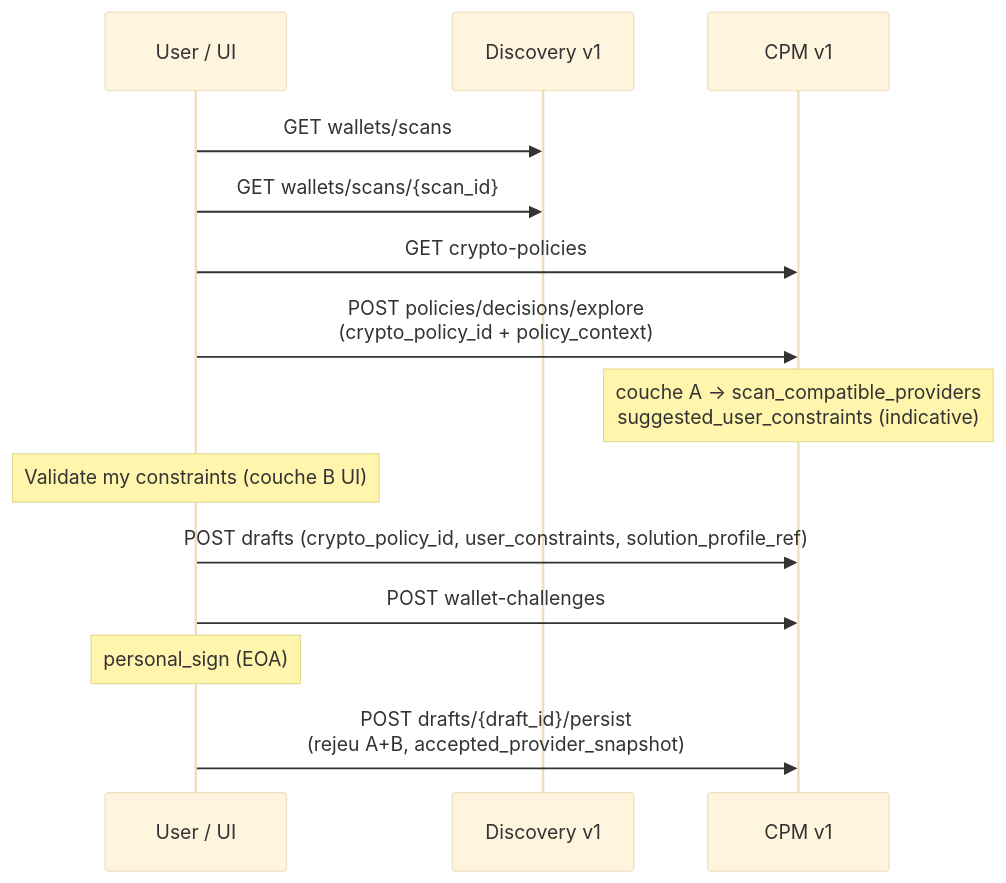
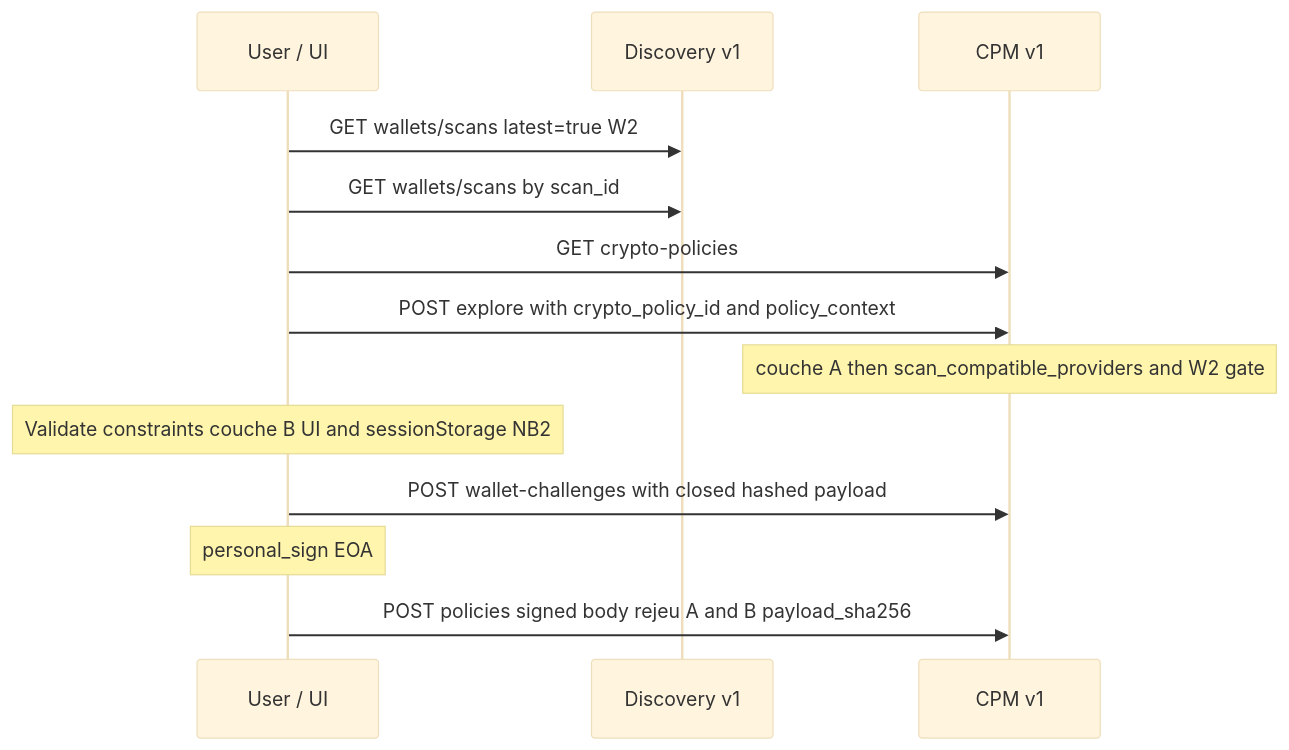
The diagram in docs/architecture/cpm-v1-flow.md (create2-labs/cafe-documentation), drawn with Mermaid (base theme) before and after one commit. The commit also changed other lines of this file and 11 other files, not shown here.

First line of the commit message:
docs(cp-persist): align guides on no-draft signed POST /policies (RD-P13)

````diff
--- a/docs/architecture/cpm-v1-flow.md
+++ b/docs/architecture/cpm-v1-flow.md
@@ -22,16 +21,15 @@
 ```mermaid
 sequenceDiagram
   participant U as User / UI
   participant D as Discovery v1
   participant C as CPM v1
-  U->>D: GET wallets/scans
-  U->>D: GET wallets/scans/{scan_id}
+  U->>D: GET wallets/scans latest=true W2
+  U->>D: GET wallets/scans by scan_id
   U->>C: GET crypto-policies
-  U->>C: POST policies/decisions/explore<br/>(crypto_policy_id + policy_context)
-  Note over C: couche A → scan_compatible_providers<br/>suggested_user_constraints (indicative)
-  Note over U: Validate my constraints (couche B UI)
-  U->>C: POST drafts (crypto_policy_id, user_constraints, solution_profile_ref)
-  U->>C: POST wallet-challenges
-  Note over U: personal_sign (EOA)
-  U->>C: POST drafts/{draft_id}/persist<br/>(rejeu A+B, accepted_provider_snapshot)
+  U->>C: POST explore with crypto_policy_id and policy_context
+  Note over C: couche A then scan_compatible_providers and W2 gate
+  Note over U: Validate constraints couche B UI and sessionStorage NB2
+  U->>C: POST wallet-challenges with closed hashed payload
+  Note over U: personal_sign EOA
+  U->>C: POST policies signed body rejeu A and B payload_sha256
 ```
````
